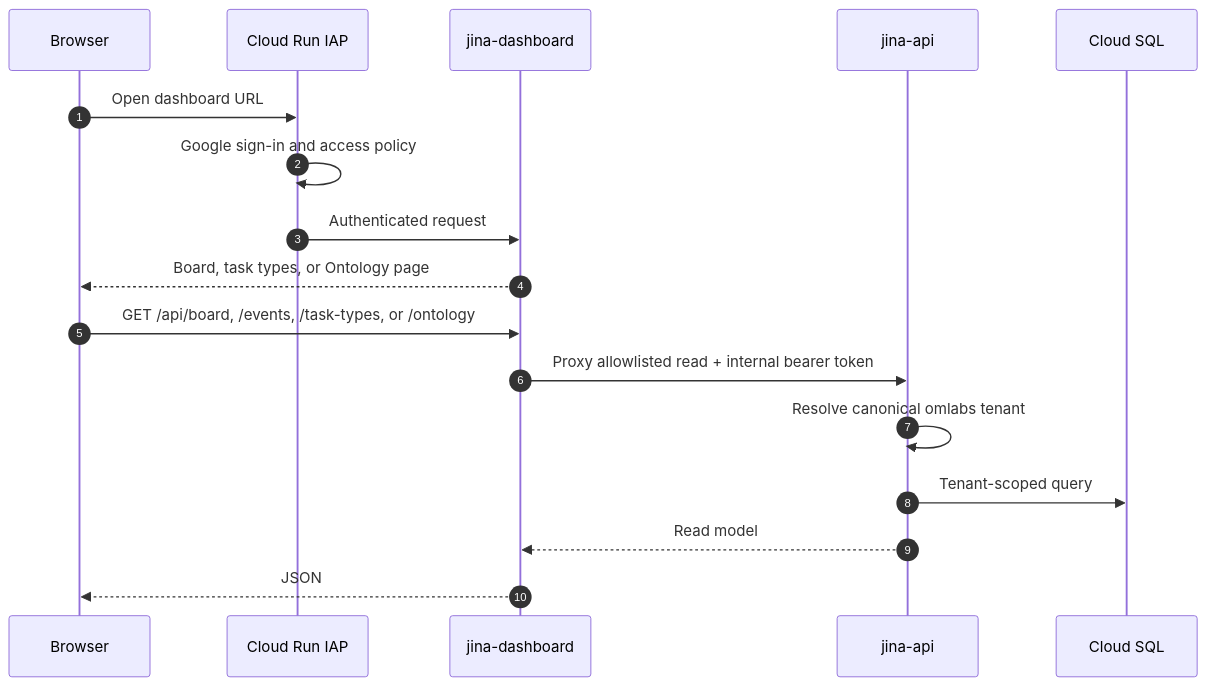
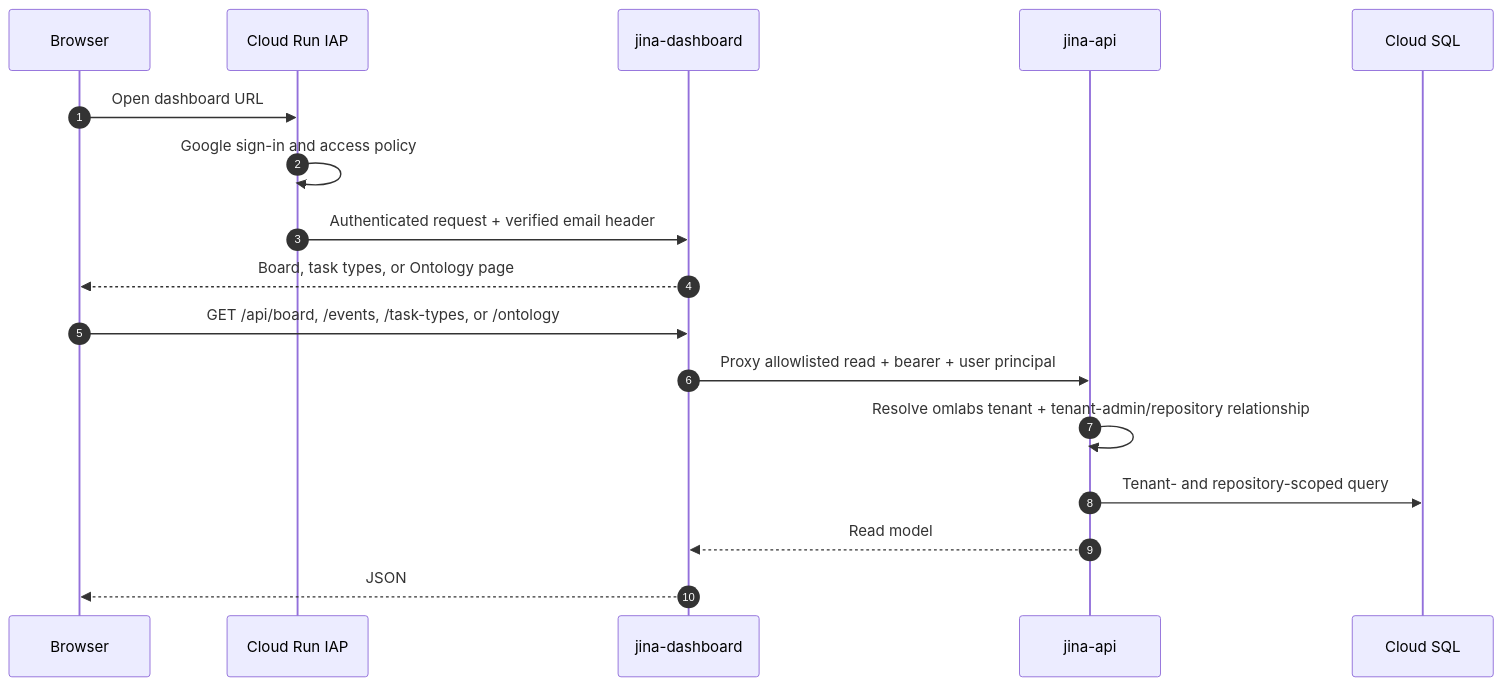
One commit to keon/jina-context-wiki-e2e-20260808 changed the sixth of 6 diagrams in docs/SEQUENCE_DIAGRAM.md. Above: the diagram before and after it, drawn with Mermaid. The commit also changed other lines of this file and 29 other files, not shown here.

````diff
--- a/docs/SEQUENCE_DIAGRAM.md
+++ b/docs/SEQUENCE_DIAGRAM.md
@@ -139,20 +175,20 @@
 ```mermaid
 sequenceDiagram
     autonumber
     participant Browser
     participant IAP as Cloud Run IAP
     participant Dashboard as jina-dashboard
     participant API as jina-api
     participant DB as Cloud SQL
 
     Browser->>IAP: Open dashboard URL
     IAP->>IAP: Google sign-in and access policy
-    IAP->>Dashboard: Authenticated request
+    IAP->>Dashboard: Authenticated request + verified email header
     Dashboard-->>Browser: Board, task types, or Ontology page
     Browser->>Dashboard: GET /api/board, /events, /task-types, or /ontology
-    Dashboard->>API: Proxy allowlisted read + internal bearer token
-    API->>API: Resolve canonical omlabs tenant
-    API->>DB: Tenant-scoped query
+    Dashboard->>API: Proxy allowlisted read + bearer + user principal
+    API->>API: Resolve omlabs tenant + tenant-admin/repository relationship
+    API->>DB: Tenant- and repository-scoped query
     API-->>Dashboard: Read model
     Dashboard-->>Browser: JSON
 ```
````
